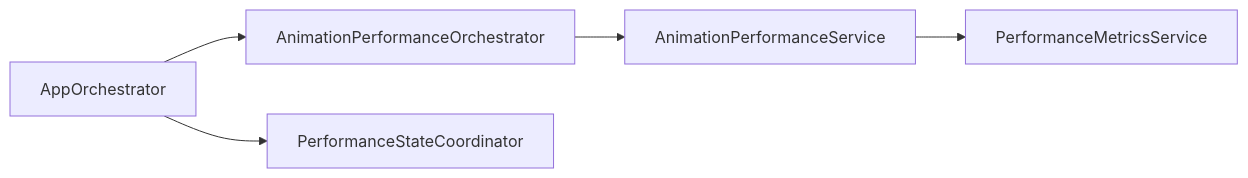
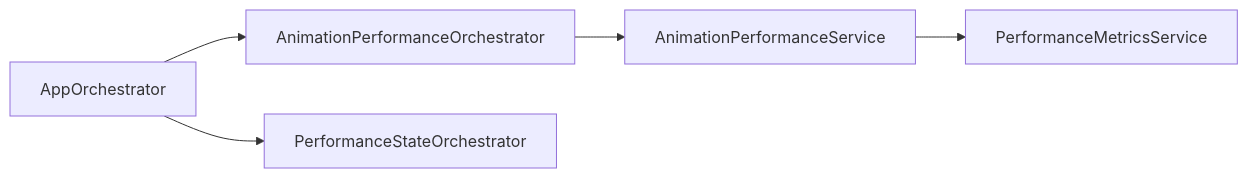
One commit to josstei/prismgb-app changed the fourth of 6 diagrams in docs/architecture-diagrams-onboarding.md. Above: the diagram before and after it, drawn with Mermaid. The commit also changed 39 other files, not shown here.

First line of the commit message:
refactor(architecture): extract scoped services and modularize IPC handlers

````diff
--- a/docs/architecture-diagrams-onboarding.md
+++ b/docs/architecture-diagrams-onboarding.md
@@ -57,13 +57,13 @@
 ```mermaid
 flowchart LR
   AppOrchestrator[AppOrchestrator]
   AnimationPerformanceOrchestrator[AnimationPerformanceOrchestrator]
-  PerformanceStateCoordinator[PerformanceStateCoordinator]
+  PerformanceStateOrchestrator[PerformanceStateOrchestrator]
   AnimationPerformanceService[AnimationPerformanceService]
   PerformanceMetricsService[PerformanceMetricsService]
 
   AppOrchestrator --> AnimationPerformanceOrchestrator
-  AppOrchestrator --> PerformanceStateCoordinator
+  AppOrchestrator --> PerformanceStateOrchestrator
   AnimationPerformanceOrchestrator --> AnimationPerformanceService
   AnimationPerformanceService --> PerformanceMetricsService
 ```
````
